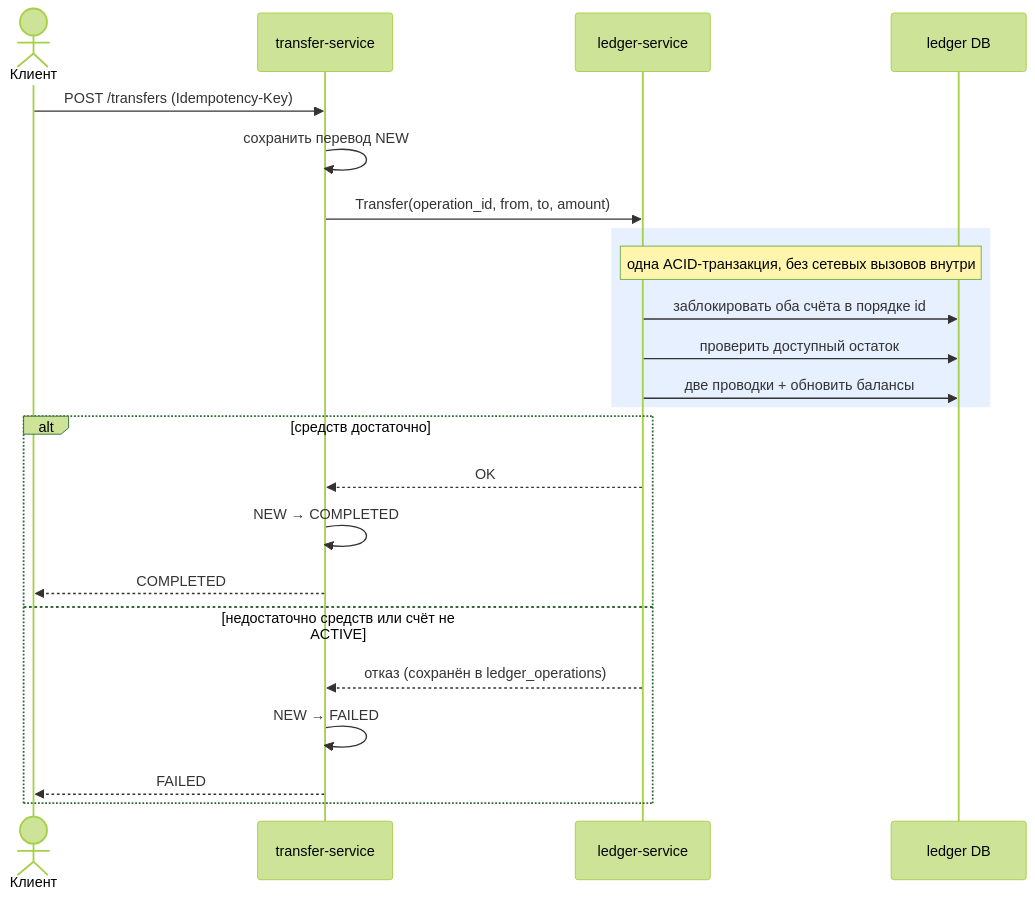
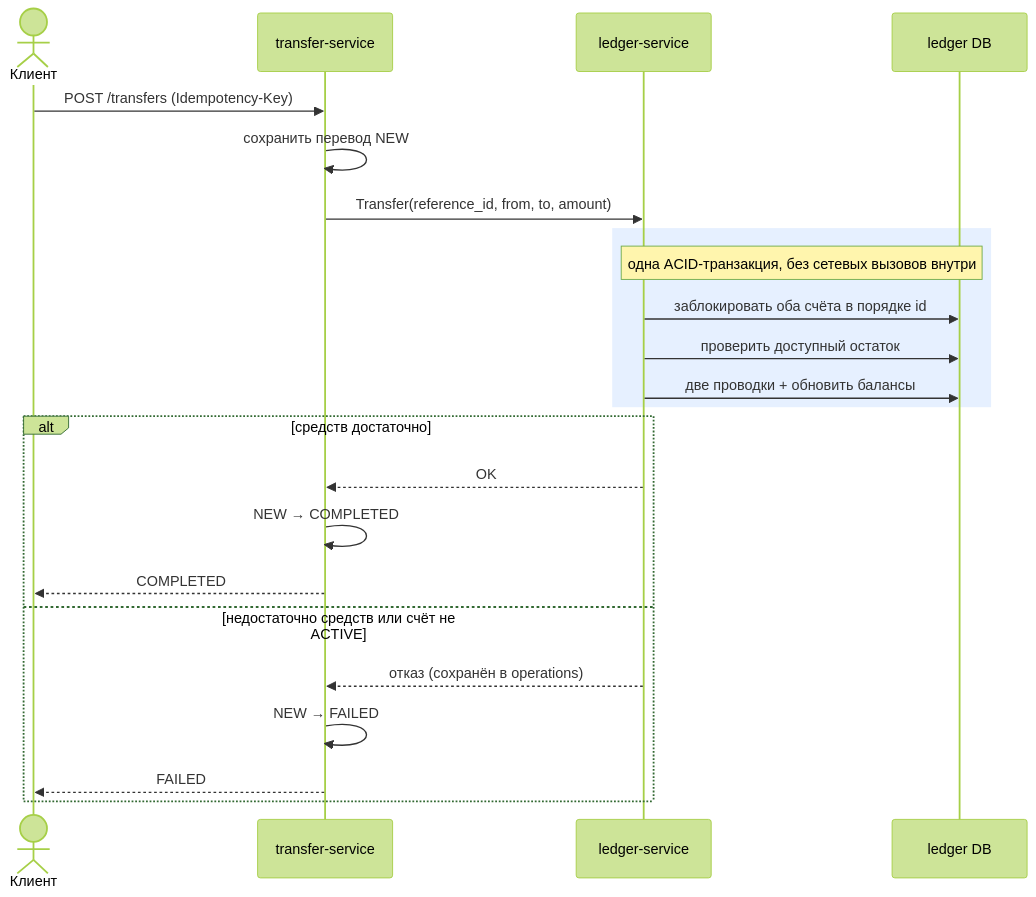
Before and after one commit to HeLeha282/transfers: the fifth of 6 diagrams in docs/design-doc.md, drawn with Mermaid (forest theme). The commit also changed other lines of this file and 3 other files, not shown here.

````diff
--- a/docs/design-doc.md
+++ b/docs/design-doc.md
@@ -168,26 +170,26 @@
 ```mermaid
 sequenceDiagram
     actor C as Клиент
     participant T as transfer-service
     participant L as ledger-service
     participant DB as ledger DB
 
     C->>T: POST /transfers (Idempotency-Key)
     T->>T: сохранить перевод NEW
-    T->>L: Transfer(operation_id, from, to, amount)
+    T->>L: Transfer(reference_id, from, to, amount)
     rect rgb(230, 240, 255)
     note over L,DB: одна ACID-транзакция, без сетевых вызовов внутри
     L->>DB: заблокировать оба счёта в порядке id
     L->>DB: проверить доступный остаток
     L->>DB: две проводки + обновить балансы
     end
     alt средств достаточно
         L-->>T: OK
         T->>T: NEW → COMPLETED
         T-->>C: COMPLETED
     else недостаточно средств или счёт не ACTIVE
-        L-->>T: отказ (сохранён в ledger_operations)
+        L-->>T: отказ (сохранён в operations)
         T->>T: NEW → FAILED
         T-->>C: FAILED
     end
 ```
````
